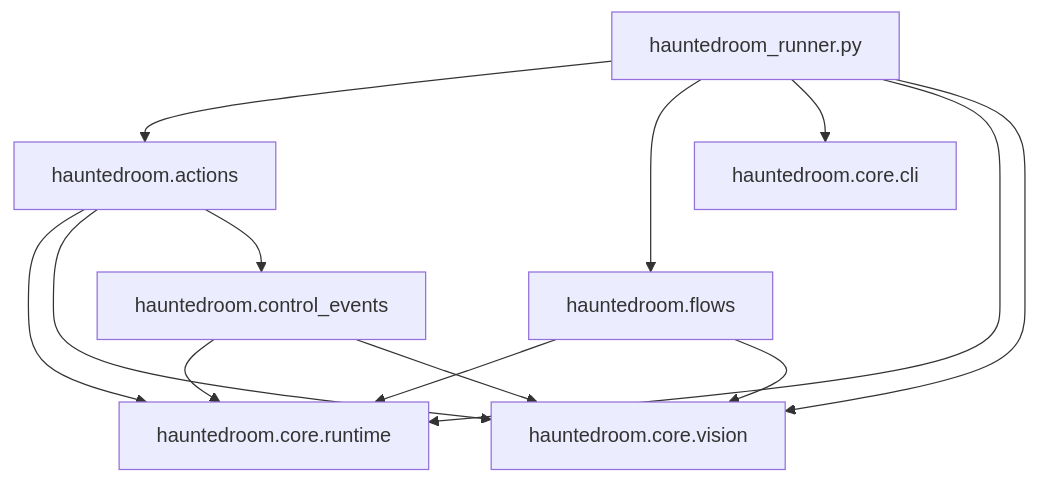
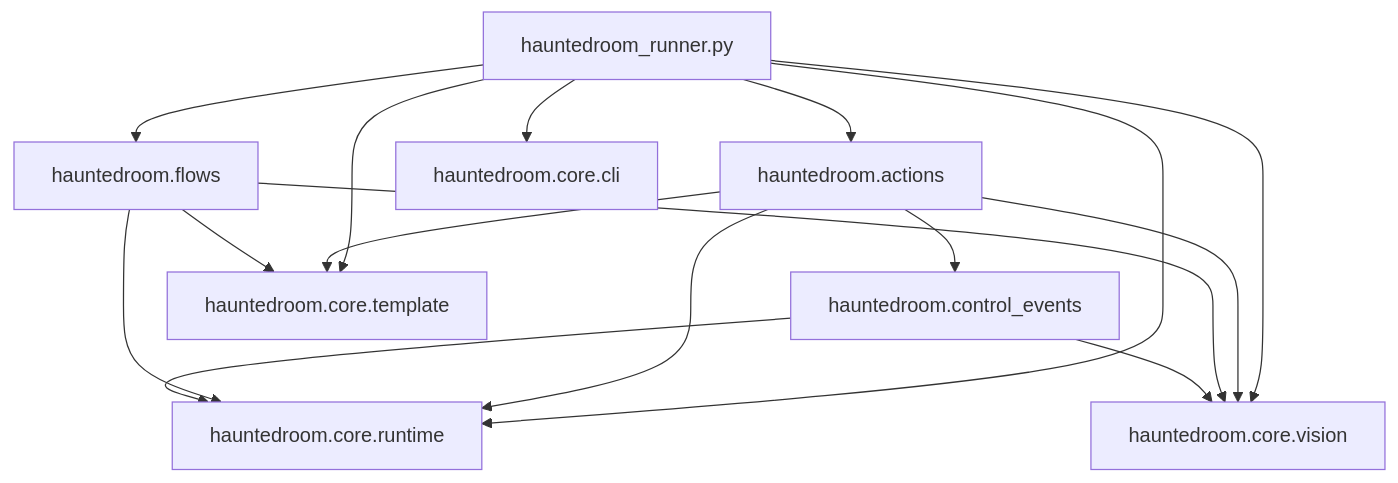
Before and after one commit to nhatduyhy11/burrito-bison-bot: the diagram in docs/ADR_bot.md, drawn with Mermaid. The commit also changed other lines of this file and 28 other files, not shown here.

````diff
--- a/docs/ADR_bot.md
+++ b/docs/ADR_bot.md
@@ -77,23 +78,27 @@
 ```mermaid
 flowchart TD
     entry[hauntedroom_runner.py]
     actions[hauntedroom.actions]
     flows[hauntedroom.flows]
     controlEvents[hauntedroom.control_events]
     cli[hauntedroom.core.cli]
     runtime[hauntedroom.core.runtime]
+    template[hauntedroom.core.template]
     vision[hauntedroom.core.vision]
 
     entry --> actions
     entry --> flows
     entry --> cli
     entry --> runtime
+    entry --> template
     entry --> vision
     actions --> runtime
+    actions --> template
     actions --> vision
     actions --> controlEvents
     flows --> runtime
+    flows --> template
     flows --> vision
     controlEvents --> runtime
     controlEvents --> vision
 ```
````
